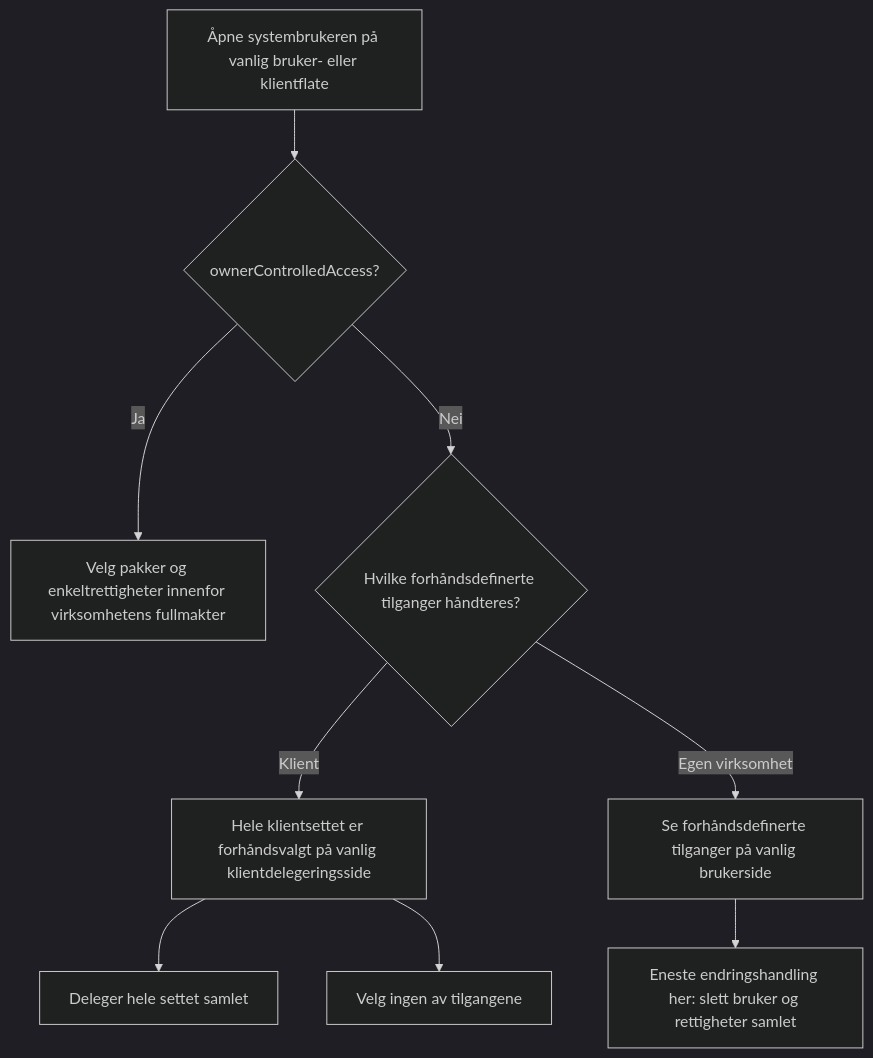
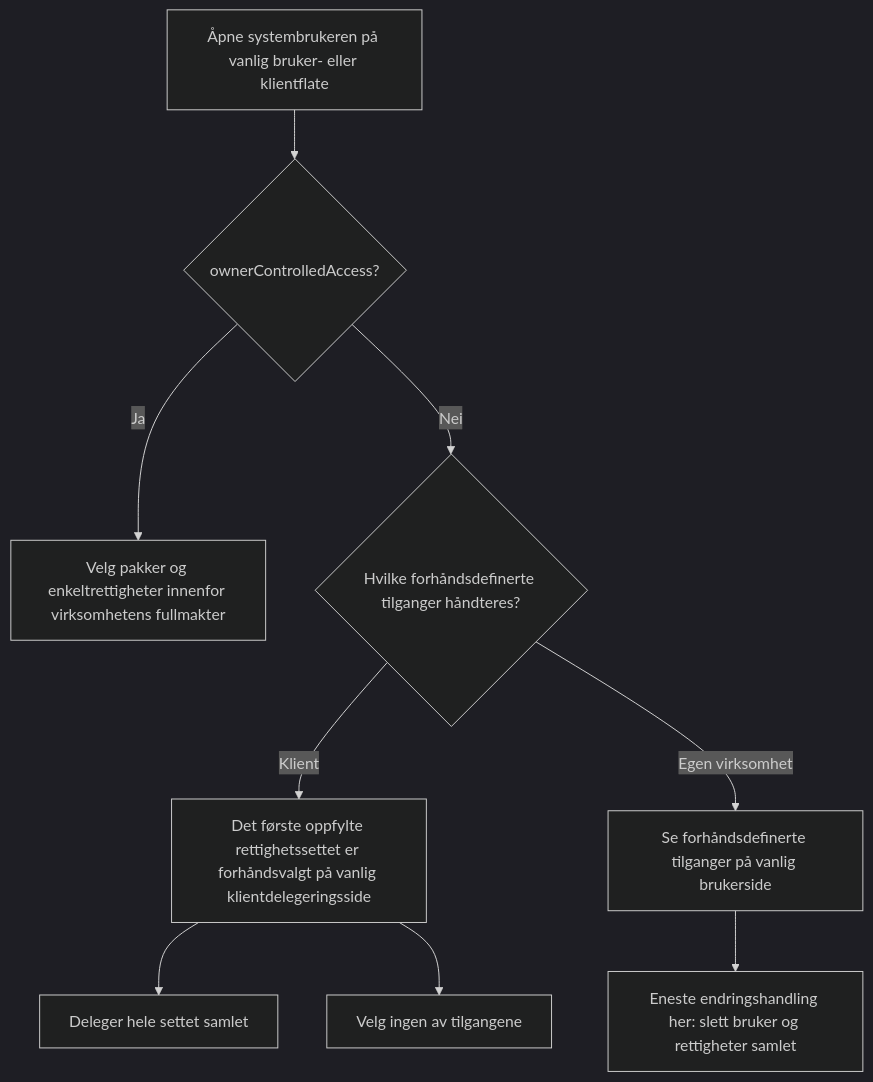
One commit to Altinn/altinn-studio-docs changed the fourth of 6 diagrams in content/authorization/guides/system-vendor/system-user/beslutningstre.nb.md. Above: the diagram before and after it, drawn with Mermaid (dark theme). The commit also changed other lines of this file and 2 other files, not shown here.

```diff
--- a/content/authorization/guides/system-vendor/system-user/beslutningstre.nb.md
+++ b/content/authorization/guides/system-vendor/system-user/beslutningstre.nb.md
@@ -72,11 +72,11 @@
 {{< mermaid >}}
 graph TD
   OPEN["Åpne systembrukeren på vanlig bruker- eller klientflate"] --> MODE{"ownerControlledAccess?"}
   MODE -->|Ja| CHOOSE["Velg pakker og enkeltrettigheter innenfor virksomhetens fullmakter"]
   MODE -->|Nei| CONTEXT{"Hvilke forhåndsdefinerte tilganger håndteres?"}
-  CONTEXT -->|Klient| SET["Hele klientsettet er forhåndsvalgt på vanlig klientdelegeringsside"]
+  CONTEXT -->|Klient| SET["Det første oppfylte rettighetssettet er forhåndsvalgt på vanlig klientdelegeringsside"]
   SET --> ALL["Deleger hele settet samlet"]
   SET --> NONE["Velg ingen av tilgangene"]
   CONTEXT -->|Egen virksomhet| VIEW["Se forhåndsdefinerte tilganger på vanlig brukerside"]
   VIEW --> DELETE["Eneste endringshandling her: slett bruker og rettigheter samlet"]
 {{< /mermaid >}}
```
